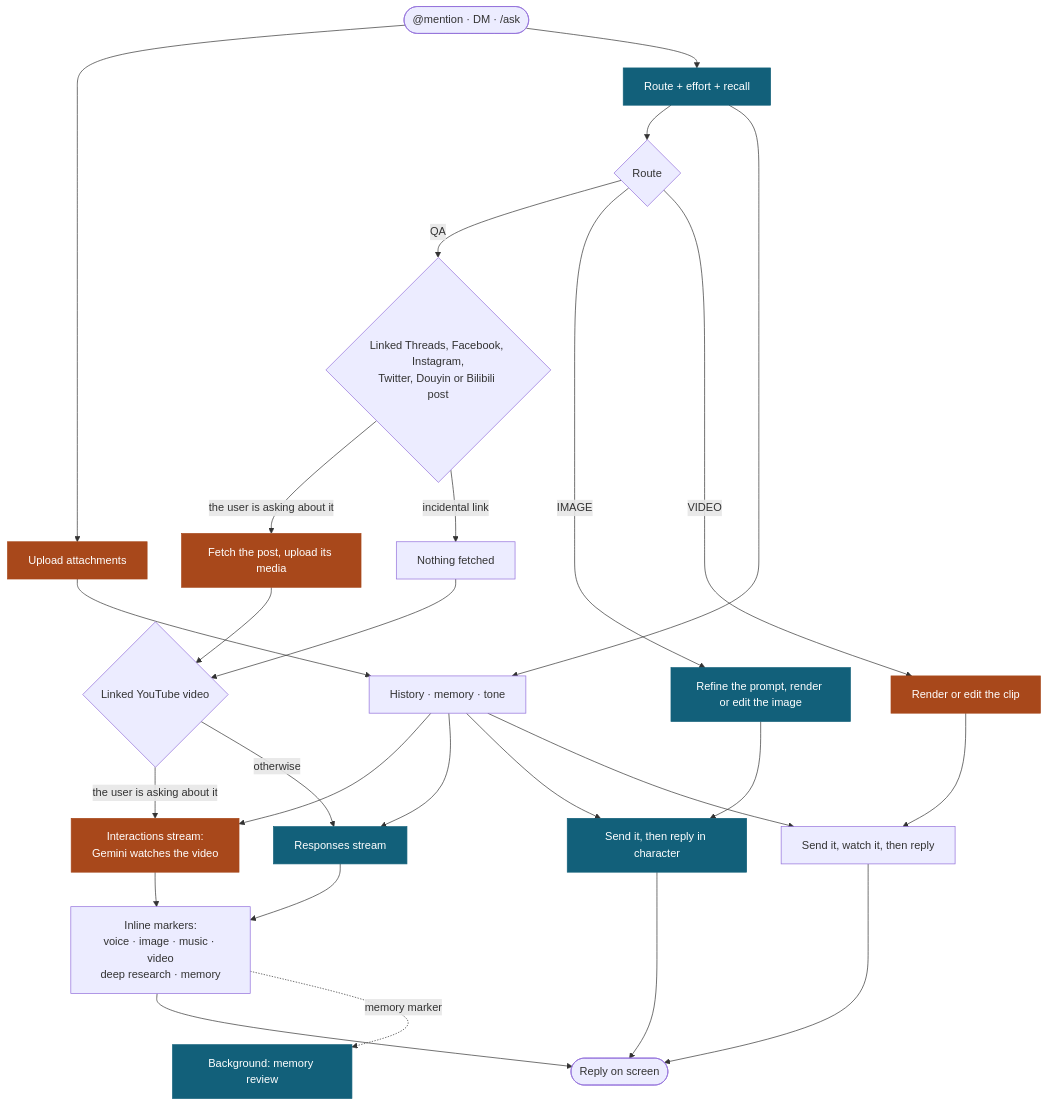
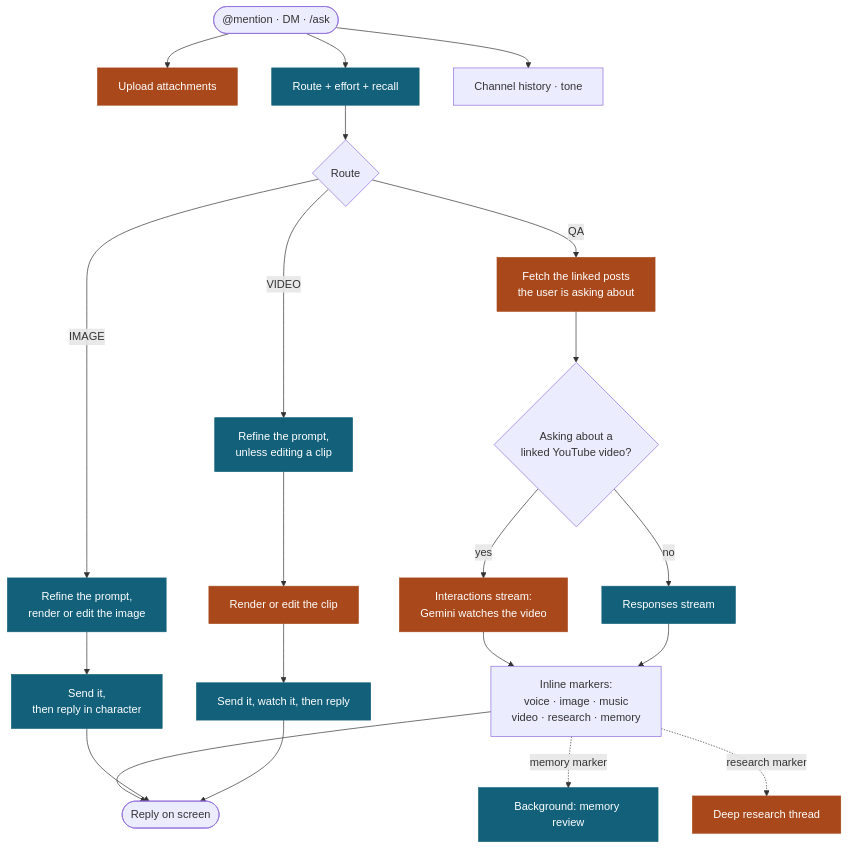
The diagram in README.md (Mai0313/discordbot), drawn with Mermaid before and after one commit. The commit also changed other lines of this file and 2 other files, not shown here.

Commit message:
docs: simplify the reply flowchart in the READMEs

````diff
--- a/README.md
+++ b/README.md
@@ -41,34 +41,31 @@
 ```mermaid
 flowchart TD
-    U(["@mention · DM · /ask"]) --> UP & RT
+    U(["@mention · DM · /ask"]) --> UP & RT & CX
 
     UP["Upload attachments"]
     RT["Route + effort + recall"]
-    CX["History · memory · tone"]
+    CX["Channel history · tone"]
 
     RT --> R{"Route"}
-    UP & RT --> CX --> YT & QS & I2 & V2
 
-    R -->|QA| L{"Linked Threads, Facebook, Instagram,<br/>Twitter, Douyin or Bilibili post"}
-    L -->|"the user is asking about it"| LF["Fetch the post, upload its media"]
-    L -->|"incidental link"| LS["Nothing fetched"]
-    LF & LS --> Y{"Linked YouTube video"}
-    Y -->|"the user is asking about it"| YT["Interactions stream:<br/>Gemini watches the video"]
-    Y -->|"otherwise"| QS["Responses stream"]
-    YT & QS --> Q2["Inline markers:<br/>voice · image · music · video<br/>deep research · memory"]
+    R -->|QA| LF["Fetch the linked posts<br/>the user is asking about"]
+    LF --> Y{"Asking about a<br/>linked YouTube video?"}
+    Y -->|yes| YT["Interactions stream:<br/>Gemini watches the video"]
+    Y -->|no| QS["Responses stream"]
+    YT & QS --> Q2["Inline markers:<br/>voice · image · music<br/>video · research · memory"]
 
-    R -->|IMAGE| I1["Refine the prompt, render or edit the image"]
-    I1 --> I2["Send it, then reply in character"]
-    R -->|VIDEO| V1["Render or edit the clip"]
-    V1 --> V2["Send it, watch it, then reply"]
+    R -->|IMAGE| I1["Refine the prompt,<br/>render or edit the image"]
+    I1 --> I2["Send it,<br/>then reply in character"]
+    R -->|VIDEO| V1["Refine the prompt,<br/>unless editing a clip"]
+    V1 --> V2["Render or edit the clip"]
+    V2 --> V3["Send it, watch it, then reply"]
 
-    Q2 --> OUT(["Reply on screen"])
-    I2 --> OUT
-    V2 --> OUT
+    Q2 & I2 & V3 --> OUT(["Reply on screen"])
     Q2 -.->|"memory marker"| MM["Background: memory review"]
+    Q2 -.->|"research marker"| DR["Deep research thread"]
 
     classDef proxy fill:#12607a,stroke:#12607a,color:#ffffff
     classDef direct fill:#a8481b,stroke:#a8481b,color:#ffffff
-    class RT,QS,I1,I2,MM proxy
-    class UP,LF,YT,V1 direct
+    class RT,QS,I1,I2,V1,V3,MM proxy
+    class UP,LF,YT,V2,DR direct
 ```
````
